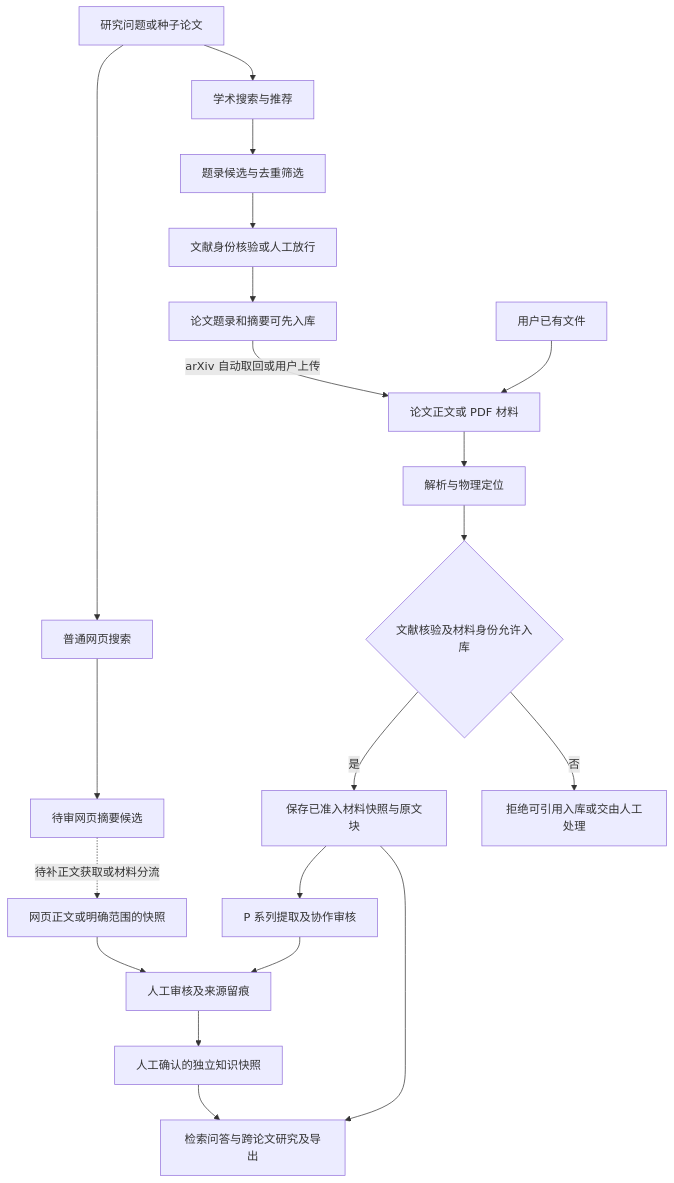
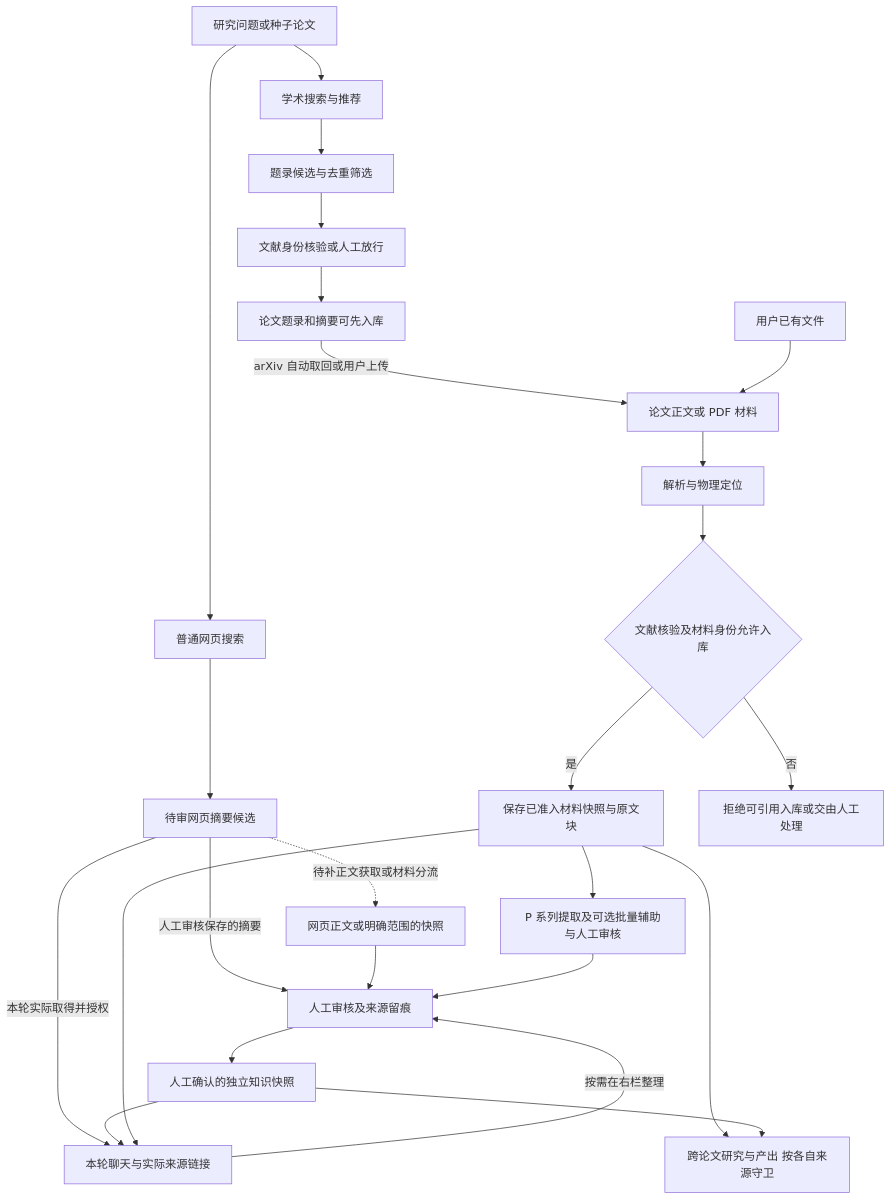
Before and after one commit to kingjone0/litprism: the diagram in docs/当前设计与功能流程图.md, drawn with Mermaid. The commit also changed other lines of this file and 43 other files, not shown here.

````diff
--- a/docs/当前设计与功能流程图.md
+++ b/docs/当前设计与功能流程图.md
@@ -9,22 +9,27 @@
 ```mermaid
 flowchart TD
     Q[研究问题或种子论文] --> S[学术搜索与推荐]
     Q --> W[普通网页搜索]
     S --> C[题录候选与去重筛选]
     W --> P[待审网页摘要候选]
     C --> V[文献身份核验或人工放行]
     V --> B[论文题录和摘要可先入库]
     B -->|arXiv 自动取回或用户上传| F[论文正文或 PDF 材料]
     L[用户已有文件] --> F
     F --> I[解析与物理定位]
     I --> G{文献核验及材料身份允许入库}
     G -->|是| DB[保存已准入材料快照与原文块]
     G -->|否| STOP[拒绝可引用入库或交由人工处理]
+    P -->|本轮实际取得并授权| A[本轮聊天与实际来源链接]
+    P -->|人工审核保存的摘要| H[人工审核及来源留痕]
     P -. 待补正文获取或材料分流 .-> T[网页正文或明确范围的快照]
-    T --> H[人工审核及来源留痕]
-    DB --> R[P 系列提取及协作审核]
+    T --> H
+    DB --> R[P 系列提取及可选批量辅助与人工审核]
     R --> H
     H --> K[人工确认的独立知识快照]
-    K --> A[检索问答与跨论文研究及导出]
+    K --> A
+    A -->|按需在右栏整理| H
     DB --> A
+    DB --> O[跨论文研究与产出 按各自来源守卫]
+    K --> O
 ```
````
